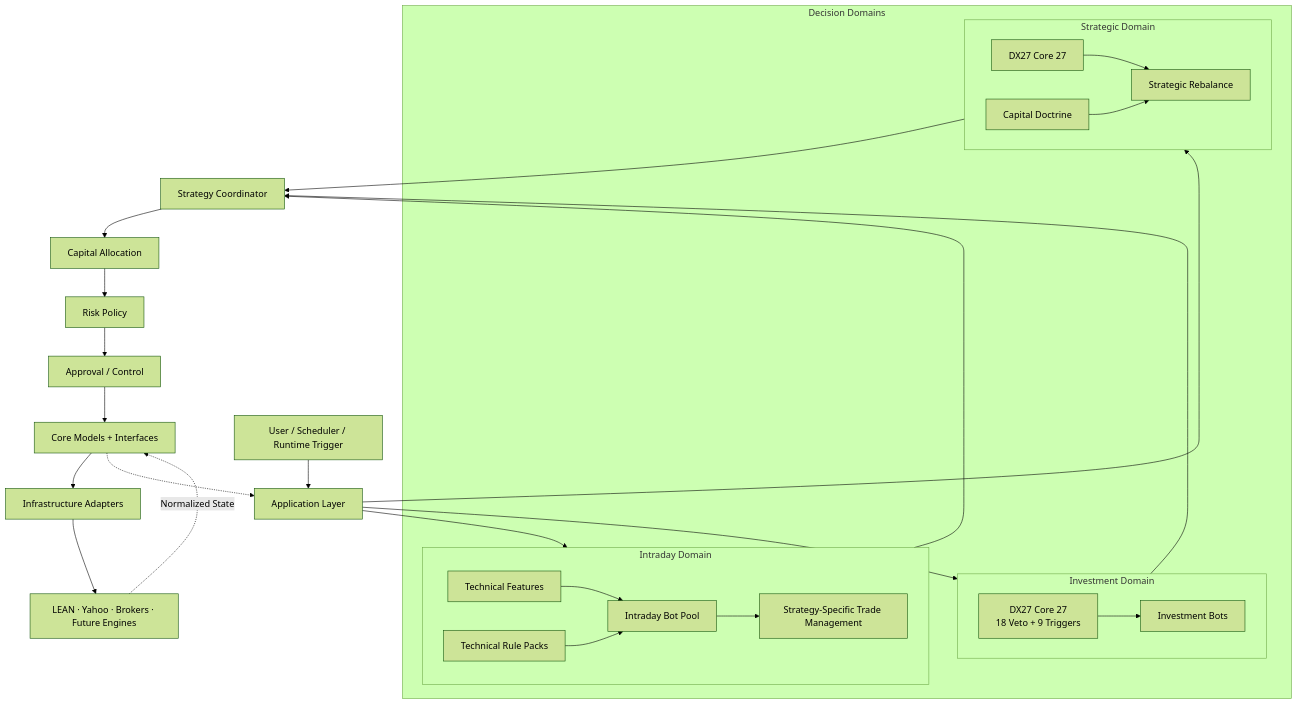
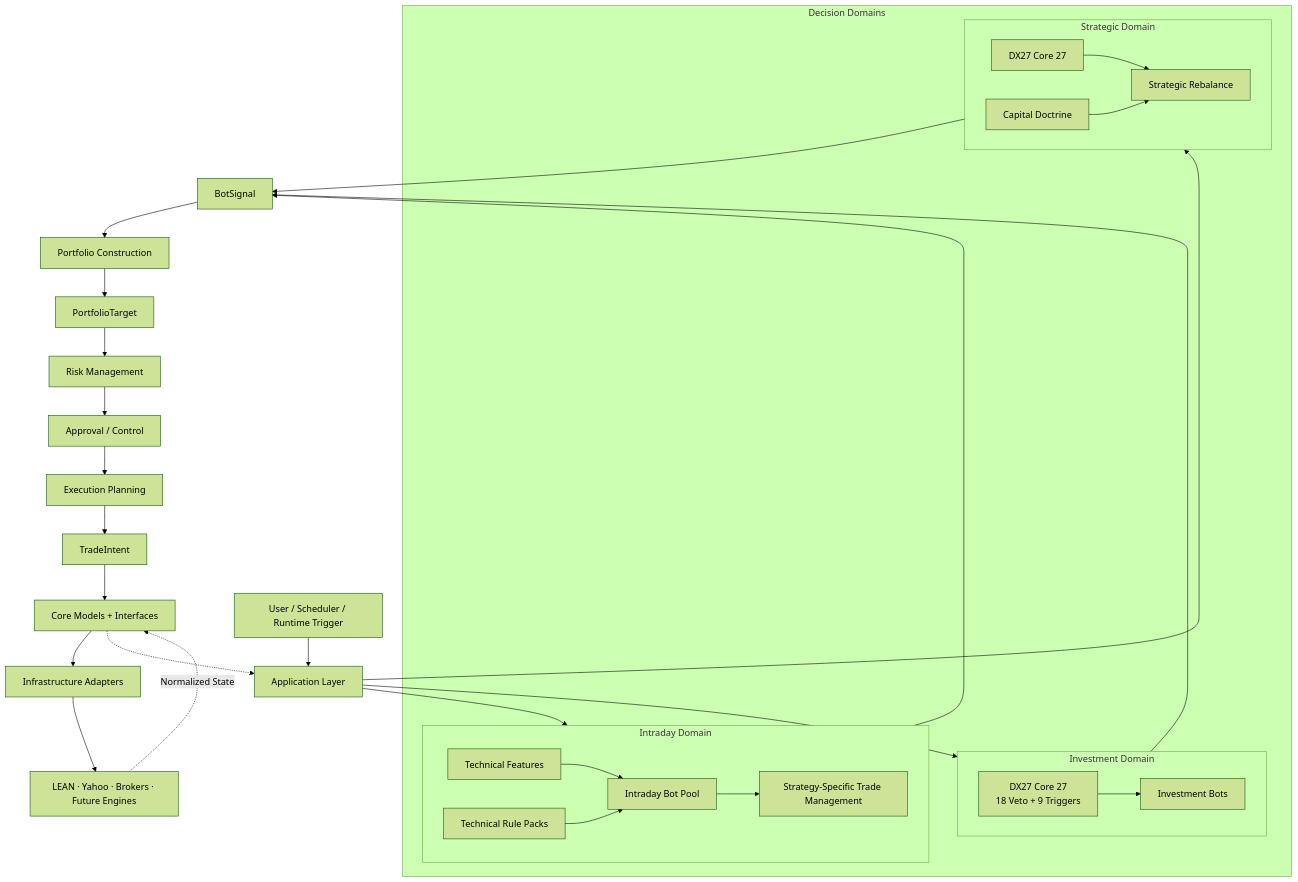
One commit to Daxoniel/DX27-Trading-Engine changed the second of 12 diagrams in docs/architecture/system-overview.md. Above: the diagram before and after it, drawn with Mermaid (forest theme). The commit also changed other lines of this file and 7 other files, not shown here.

Commit message:
WIP: portfolio construction refactor

````diff
--- a/docs/architecture/system-overview.md
+++ b/docs/architecture/system-overview.md
@@ -51,73 +57,82 @@
 ```mermaid
 flowchart TB
 
     Client["User / Scheduler / Runtime Trigger"]
 
     Application["Application Layer"]
 
     subgraph Domains["Decision Domains"]
 
         subgraph Intraday["Intraday Domain"]
             IBots["Intraday Bot Pool"]
             IFeatures["Technical Features"]
             IRules["Technical Rule Packs"]
             ITrade["Strategy-Specific Trade Management"]
+
+            IFeatures --> IBots
+            IRules --> IBots
+            IBots --> ITrade
         end
 
         subgraph Investment["Investment Domain"]
+            Core27A["DX27 Core 27<br/>18 Veto + 9 Triggers"]
             InvBots["Investment Bots"]
-            Core27A["DX27 Core 27<br/>18 Veto + 9 Triggers"]
+
+            Core27A --> InvBots
         end
 
         subgraph Strategic["Strategic Domain"]
             Core27B["DX27 Core 27"]
             Doctrine["Capital Doctrine"]
             Rebalance["Strategic Rebalance"]
+
+            Core27B --> Rebalance
+            Doctrine --> Rebalance
         end
 
     end
 
-    Coordinator["Strategy Coordinator"]
+    Signal["BotSignal"]
 
-    Capital["Capital Allocation"]
+    Construction["Portfolio Construction"]
 
-    Risk["Risk Policy"]
+    Target["PortfolioTarget"]
+
+    Risk["Risk Management"]
 
     Approval["Approval / Control"]
+
+    Planning["Execution Planning"]
+
+    Intent["TradeIntent"]
 
     Core["Core Models + Interfaces"]
 
     Adapters["Infrastructure Adapters"]
 
     External["LEAN · Yahoo · Brokers · Future Engines"]
 
     Client --> Application
 
     Application --> Intraday
     Application --> Investment
     Application --> Strategic
 
-    IFeatures --> IBots
-    IRules --> IBots
-    IBots --> ITrade
+    Intraday --> Signal
+    Investment --> Signal
+    Strategic --> Signal
 
-    Core27A --> InvBots
+    Signal --> Construction
+    Construction --> Target
+    Target --> Risk
+    Risk --> Approval
+    Approval --> Planning
+    Planning --> Intent
 
-    Core27B --> Rebalance
-    Doctrine --> Rebalance
-
-    Intraday --> Coordinator
-    Investment --> Coordinator
-    Strategic --> Coordinator
-
-    Coordinator --> Capital
-    Capital --> Risk
-    Risk --> Approval
-
-    Approval --> Core
+    Intent --> Core
     Core --> Adapters
     Adapters --> External
 
     External -.->|Normalized State| Core
     Core -.-> Application
 ```
````
